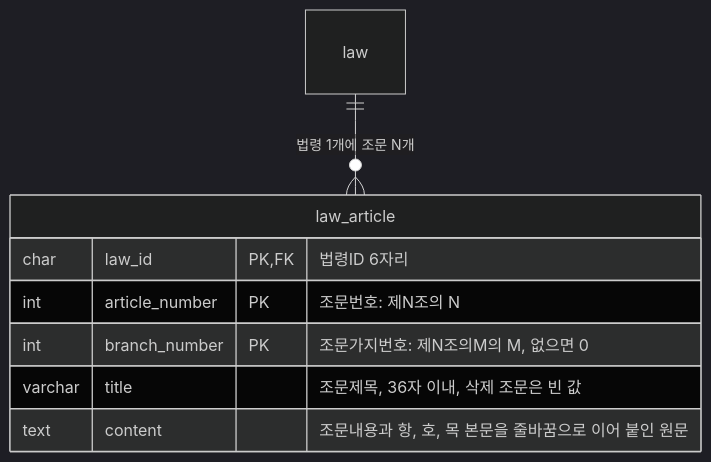
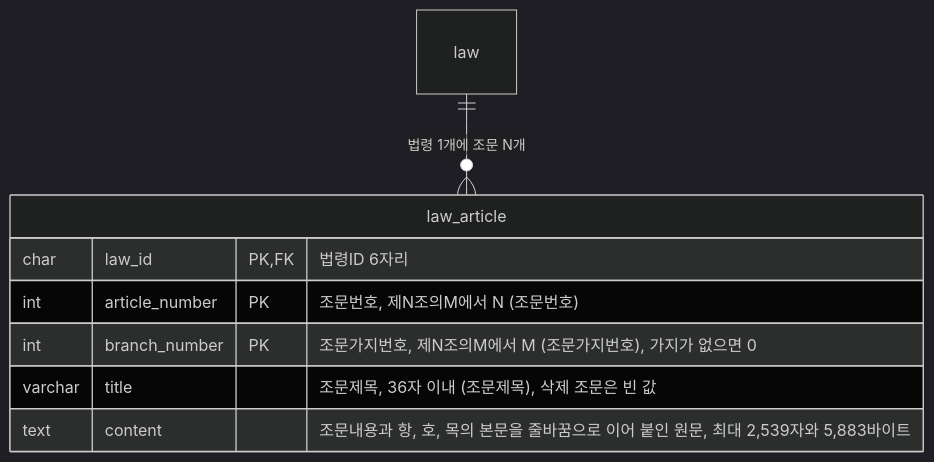
One commit to f-lab-edu/jipsee changed the ninth of 10 diagrams in docs/erd.md. Above: the diagram before and after it, drawn with Mermaid (dark theme). The commit also changed other lines of this file and 2 other files, not shown here.

````diff
--- a/docs/erd.md
+++ b/docs/erd.md
@@ -228,11 +226,11 @@
 ```mermaid
 erDiagram
     law ||--o{ law_article : "법령 1개에 조문 N개"
     law_article {
         char law_id PK, FK "법령ID 6자리"
-        int article_number PK "조문번호: 제N조의 N"
-        int branch_number PK "조문가지번호: 제N조의M의 M, 없으면 0"
-        varchar title "조문제목, 36자 이내, 삭제 조문은 빈 값"
-        text content "조문내용과 항, 호, 목 본문을 줄바꿈으로 이어 붙인 원문"
+        int article_number PK "조문번호, 제N조의M에서 N (조문번호)"
+        int branch_number PK "조문가지번호, 제N조의M에서 M (조문가지번호), 가지가 없으면 0"
+        varchar title "조문제목, 36자 이내 (조문제목), 삭제 조문은 빈 값"
+        text content "조문내용과 항, 호, 목의 본문을 줄바꿈으로 이어 붙인 원문, 최대 2,539자와 5,883바이트"
     }
 ```
````
